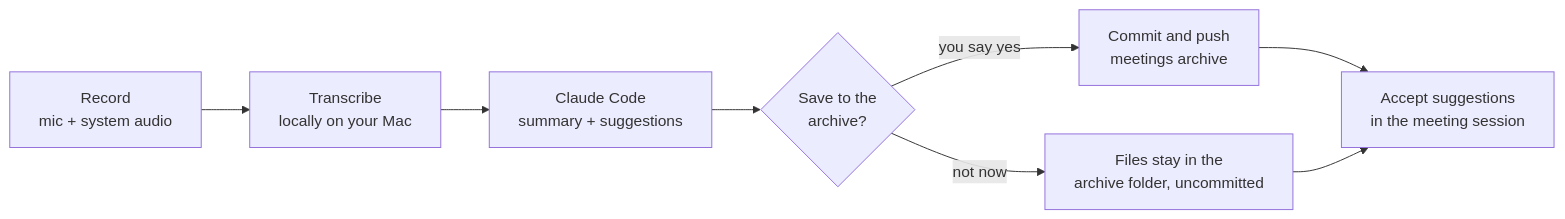
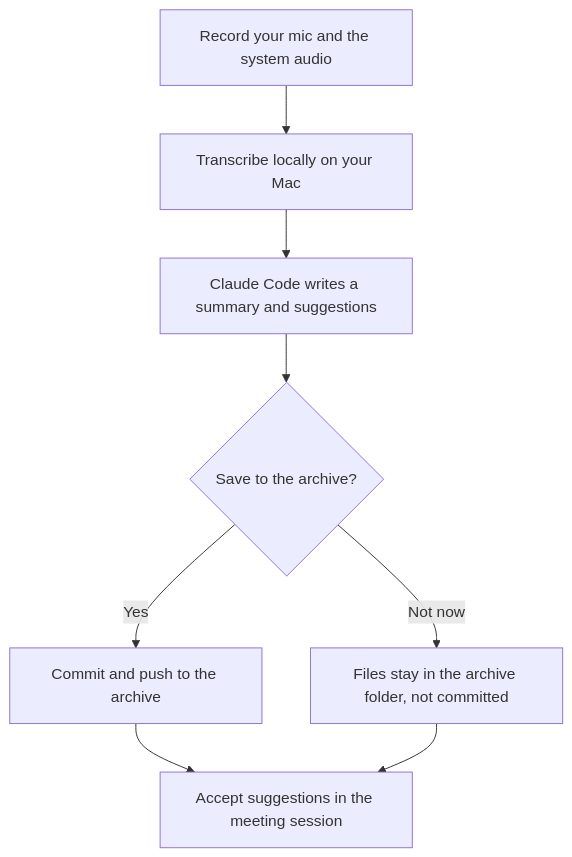
One commit to GabiHert/notted changed the diagram in README.md. Above: the diagram before and after it, drawn with Mermaid.

Commit message:
docs(readme): draw the flow chart top-down so it renders readably on GitHub

````diff
--- a/README.md
+++ b/README.md
@@ -27,10 +27,10 @@
 ```mermaid
-flowchart LR
-    A[Record<br>mic + system audio] --> B[Transcribe<br>locally on your Mac]
-    B --> C[Claude Code<br>summary + suggestions]
-    C --> D{Save to the<br>archive?}
-    D -- you say yes --> E[Commit and push<br>meetings archive]
-    D -- not now --> F[Files stay in the<br>archive folder, uncommitted]
-    E --> G[Accept suggestions<br>in the meeting session]
+flowchart TD
+    A["Record your mic and the system audio"] --> B["Transcribe locally on your Mac"]
+    B --> C["Claude Code writes a summary and suggestions"]
+    C --> D{"Save to the archive?"}
+    D -->|"Yes"| E["Commit and push to the archive"]
+    D -->|"Not now"| F["Files stay in the archive folder, not committed"]
+    E --> G["Accept suggestions in the meeting session"]
     F --> G
 ```
````
